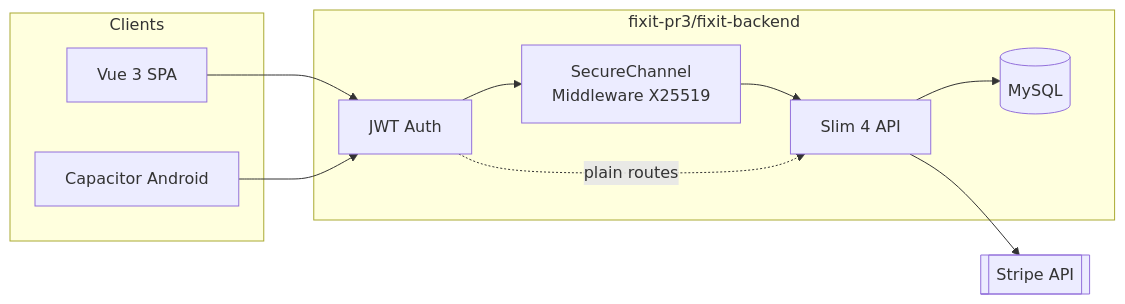
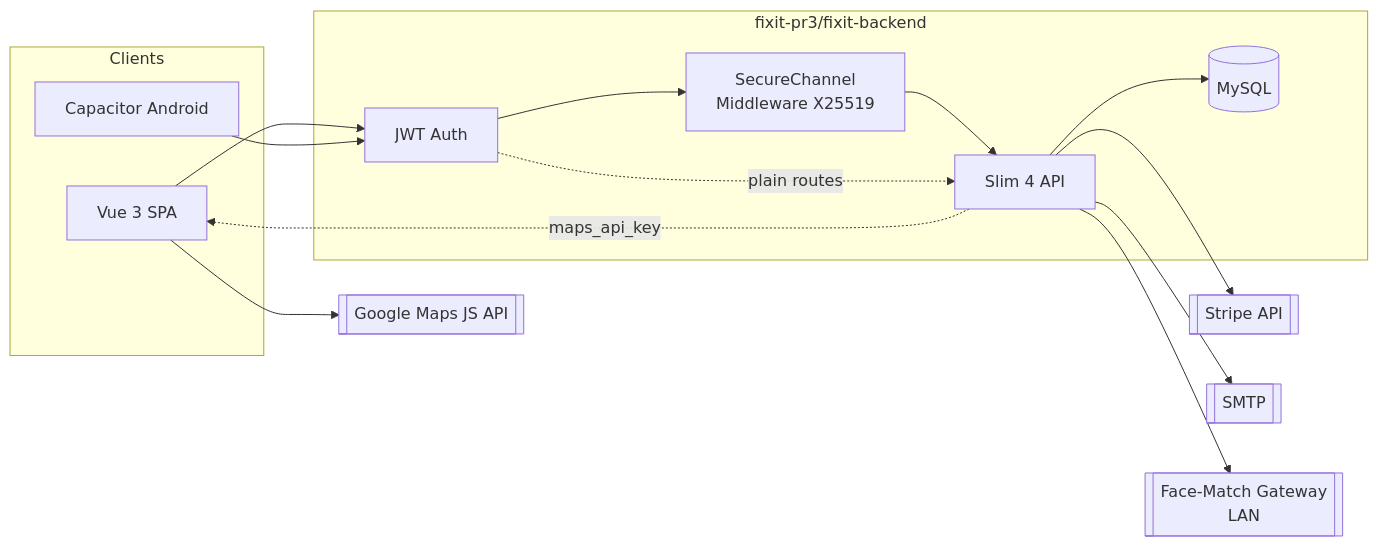
Before and after one commit to OLGTX303/fixit: the diagram in README.md, drawn with Mermaid. The commit also changed other lines of this file and 1 other file, not shown here.

Commit message:
docs: add Google Maps and face-match gateway to the architecture diagrams
Both were real external integrations missing from the System Architecture
diagram (Slide 10) and the root README's simplified version. Direction
matters: Google Maps is browser-to-Google directly (backend only hands over
the API key via the origin-checked /api/config/maps endpoint, key never
bundled in source); the face-match gateway is backend-to-LAN-service only,
the browser never talks to it.

````diff
--- a/README.md
+++ b/README.md
@@ -132,21 +132,28 @@
 ```mermaid
 flowchart LR
   subgraph clients [Clients]
     Web[Vue 3 SPA]
     Android[Capacitor Android]
   end
   subgraph api [fixit-pr3/fixit-backend]
     JWT[JWT Auth]
     SCM[SecureChannel<br/>Middleware X25519]
     Slim[Slim 4 API]
     MySQL[(MySQL)]
   end
   Stripe[[Stripe API]]
+  Mail[[SMTP]]
+  Maps[[Google Maps JS API]]
+  FaceMatch[[Face-Match Gateway<br/>LAN]]
   Web --> JWT
   Android --> JWT
   JWT --> SCM
   SCM --> Slim
   JWT -.plain routes.-> Slim
   Slim --> MySQL
   Slim --> Stripe
+  Slim --> Mail
+  Slim --> FaceMatch
+  Slim -. maps_api_key .-> Web
+  Web --> Maps
 ```
````
